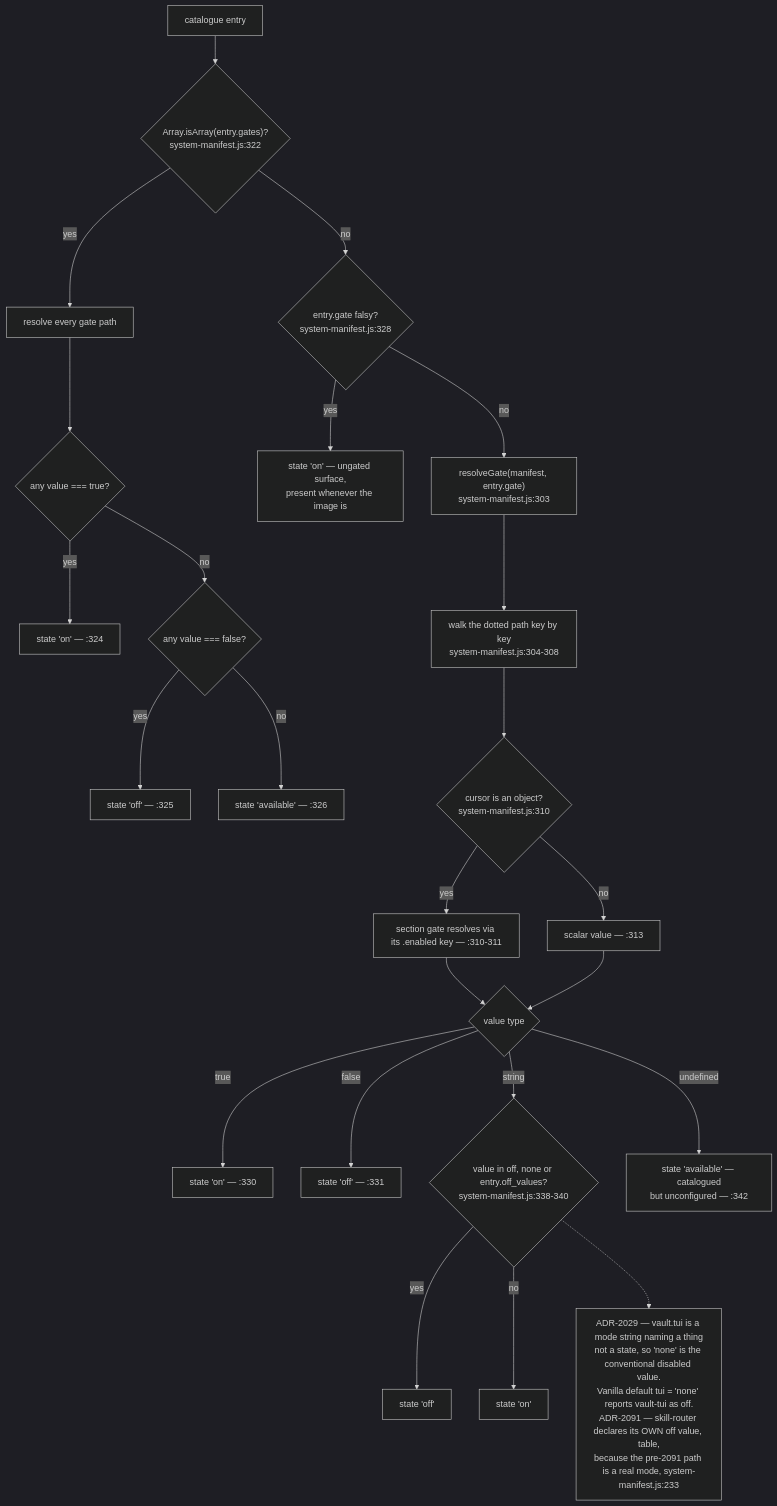
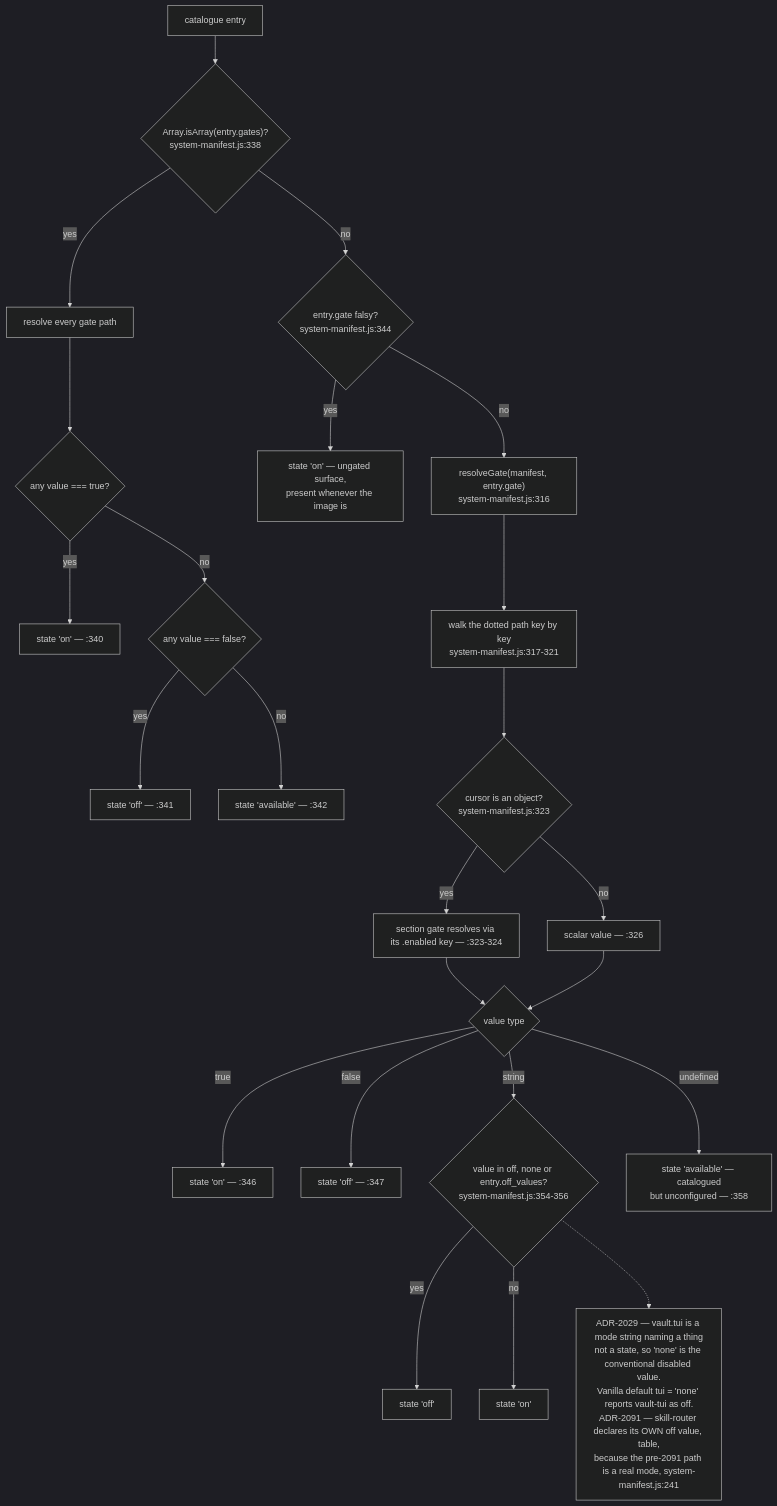
Before and after one commit to DreamLab-AI/VisionFlow: the third of 15 diagrams in docs/diagrams/agentbox/05-manifest-gates-and-cli.md, drawn with Mermaid (dark theme). The commit also changed other lines of this file and 14 other files, not shown here.

First line of the commit message:
docs(diagrams): custody role isolation — new AB-36, re-stamp 11 topics at the custody integration head

````diff
--- a/docs/diagrams/agentbox/05-manifest-gates-and-cli.md
+++ b/docs/diagrams/agentbox/05-manifest-gates-and-cli.md
@@ -96,26 +100,26 @@
 ```mermaid
 flowchart TD
-    E["catalogue entry"] --> A{"Array.isArray(entry.gates)?<br/>system-manifest.js:322"}
+    E["catalogue entry"] --> A{"Array.isArray(entry.gates)?<br/>system-manifest.js:338"}
     A -->|yes| MG["resolve every gate path"]
     MG --> MG1{"any value === true?"}
-    MG1 -->|yes| ON1["state 'on' — :324"]
+    MG1 -->|yes| ON1["state 'on' — :340"]
     MG1 -->|no| MG2{"any value === false?"}
-    MG2 -->|yes| OFF1["state 'off' — :325"]
-    MG2 -->|no| AV1["state 'available' — :326"]
-    A -->|no| B{"entry.gate falsy?<br/>system-manifest.js:328"}
+    MG2 -->|yes| OFF1["state 'off' — :341"]
+    MG2 -->|no| AV1["state 'available' — :342"]
+    A -->|no| B{"entry.gate falsy?<br/>system-manifest.js:344"}
     B -->|yes| ON2["state 'on' — ungated surface,<br/>present whenever the image is"]
-    B -->|no| RG["resolveGate(manifest, entry.gate)<br/>system-manifest.js:303"]
-    RG --> W["walk the dotted path key by key<br/>system-manifest.js:304-308"]
-    W --> SEC{"cursor is an object?<br/>system-manifest.js:310"}
-    SEC -->|yes| SECE["section gate resolves via its .enabled key — :310-311"]
-    SEC -->|no| VAL["scalar value — :313"]
+    B -->|no| RG["resolveGate(manifest, entry.gate)<br/>system-manifest.js:316"]
+    RG --> W["walk the dotted path key by key<br/>system-manifest.js:317-321"]
+    W --> SEC{"cursor is an object?<br/>system-manifest.js:323"}
+    SEC -->|yes| SECE["section gate resolves via its .enabled key — :323-324"]
+    SEC -->|no| VAL["scalar value — :326"]
     SECE --> D
     VAL --> D{"value type"}
-    D -->|"true"| ON3["state 'on' — :330"]
-    D -->|"false"| OFF2["state 'off' — :331"]
-    D -->|"string"| MODE{"value in off, none or entry.off_values?<br/>system-manifest.js:338-340"}
-    D -->|"undefined"| AV2["state 'available' — catalogued<br/>but unconfigured — :342"]
+    D -->|"true"| ON3["state 'on' — :346"]
+    D -->|"false"| OFF2["state 'off' — :347"]
+    D -->|"string"| MODE{"value in off, none or entry.off_values?<br/>system-manifest.js:354-356"}
+    D -->|"undefined"| AV2["state 'available' — catalogued<br/>but unconfigured — :358"]
     MODE -->|yes| OFF3["state 'off'"]
     MODE -->|no| ON4["state 'on'"]
-    MODE -.-> VT["ADR-2029 — vault.tui is a mode string naming a thing<br/>not a state, so 'none' is the conventional disabled value.<br/>Vanilla default tui = 'none' reports vault-tui as off.<br/>ADR-2091 — skill-router declares its OWN off value, table,<br/>because the pre-2091 path is a real mode, system-manifest.js:233"]
+    MODE -.-> VT["ADR-2029 — vault.tui is a mode string naming a thing<br/>not a state, so 'none' is the conventional disabled value.<br/>Vanilla default tui = 'none' reports vault-tui as off.<br/>ADR-2091 — skill-router declares its OWN off value, table,<br/>because the pre-2091 path is a real mode, system-manifest.js:241"]
 ```
````
